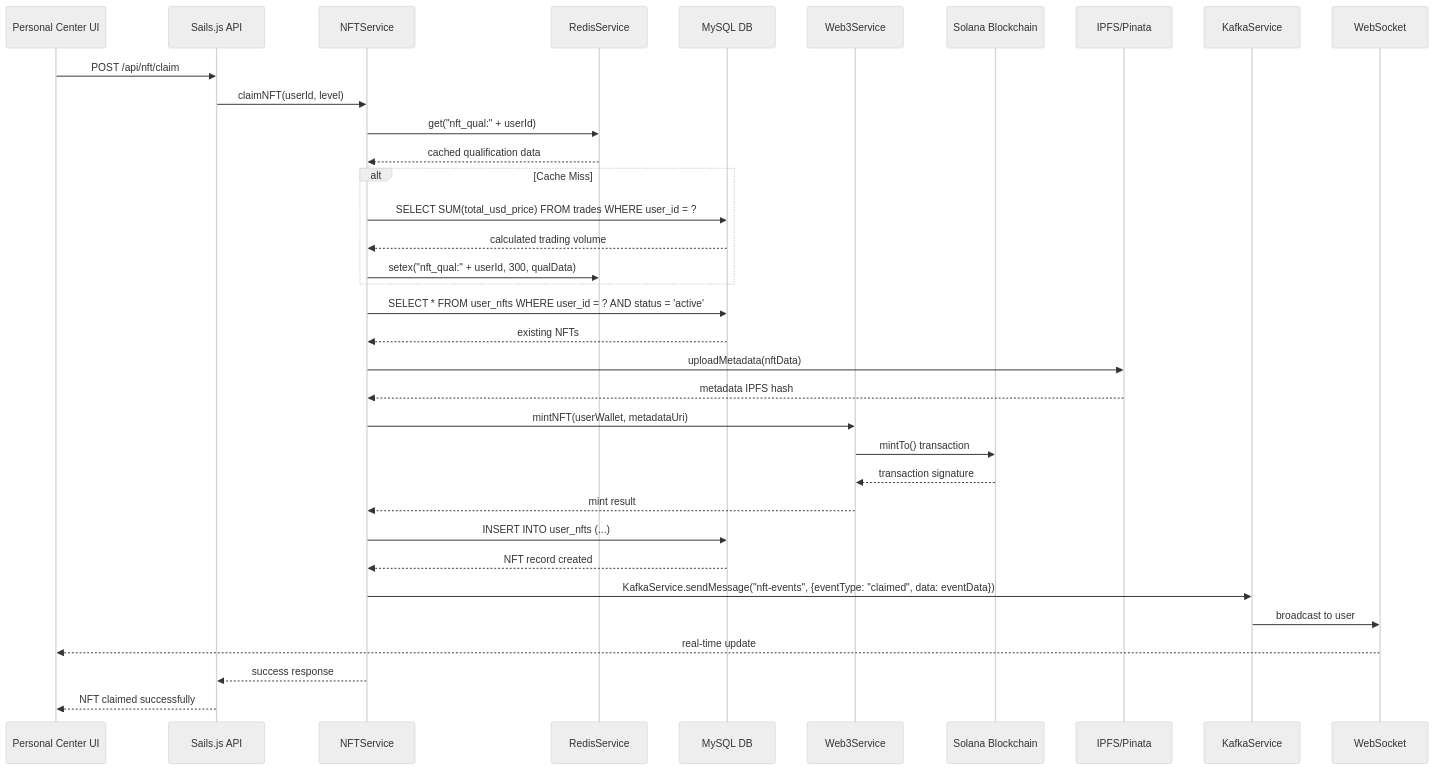
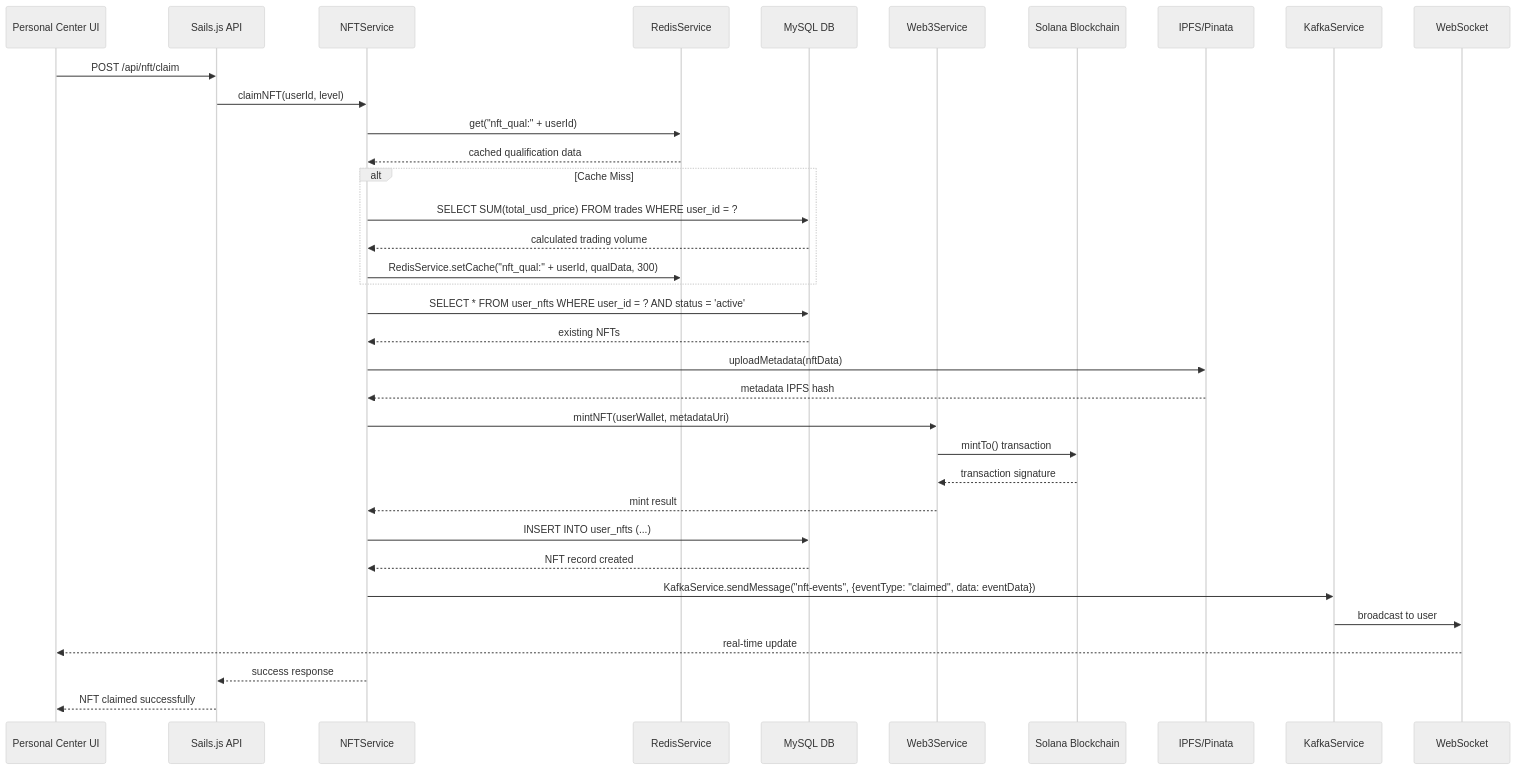
The second of 5 diagrams in docs/AIW3-NFT-System-Design.md (ljg-cqu/aiw3-nft-solana), drawn with Mermaid (neutral theme) before and after one commit. The commit also changed other lines of this file and 2 other files, not shown here.

Commit message:
refactor: standardize cache operations and rename fields for clarity

````diff
--- a/docs/AIW3-NFT-System-Design.md
+++ b/docs/AIW3-NFT-System-Design.md
@@ -161,53 +161,53 @@
 ```mermaid
 sequenceDiagram
     participant UI as Personal Center UI
     participant API as Sails.js API
     participant NFT as NFTService
     participant REDIS as RedisService
     participant MYSQL as MySQL DB
     participant WEB3 as Web3Service
     participant SOLANA as Solana Blockchain
     participant IPFS as IPFS/Pinata
     participant KAFKA as KafkaService
     participant WS as WebSocket
     
     UI->>API: POST /api/nft/claim
     API->>NFT: claimNFT(userId, level)
     
     %% Check qualification from cache first
     NFT->>REDIS: get("nft_qual:" + userId)
     REDIS-->>NFT: cached qualification data
     
     %% If not cached, calculate from Trades model
     alt Cache Miss
         NFT->>MYSQL: SELECT SUM(total_usd_price) FROM trades WHERE user_id = ?
         MYSQL-->>NFT: calculated trading volume
-        NFT->>REDIS: setex("nft_qual:" + userId, 300, qualData)
+        NFT->>REDIS: RedisService.setCache("nft_qual:" + userId, qualData, 300)
     end
     
     %% Check existing NFTs
     NFT->>MYSQL: SELECT * FROM user_nfts WHERE user_id = ? AND status = 'active'
     MYSQL-->>NFT: existing NFTs
     
     %% Upload metadata to IPFS
     NFT->>IPFS: uploadMetadata(nftData)
     IPFS-->>NFT: metadata IPFS hash
     
     %% Mint NFT on Solana
     NFT->>WEB3: mintNFT(userWallet, metadataUri)
     WEB3->>SOLANA: mintTo() transaction
     SOLANA-->>WEB3: transaction signature
     WEB3-->>NFT: mint result
     
     %% Store in database
     NFT->>MYSQL: INSERT INTO user_nfts (...)
     MYSQL-->>NFT: NFT record created
     
     %% Publish event
     NFT->>KAFKA: KafkaService.sendMessage("nft-events", {eventType: "claimed", data: eventData})
     KAFKA->>WS: broadcast to user
     WS-->>UI: real-time update
     
     NFT-->>API: success response
     API-->>UI: NFT claimed successfully
 ```
````
